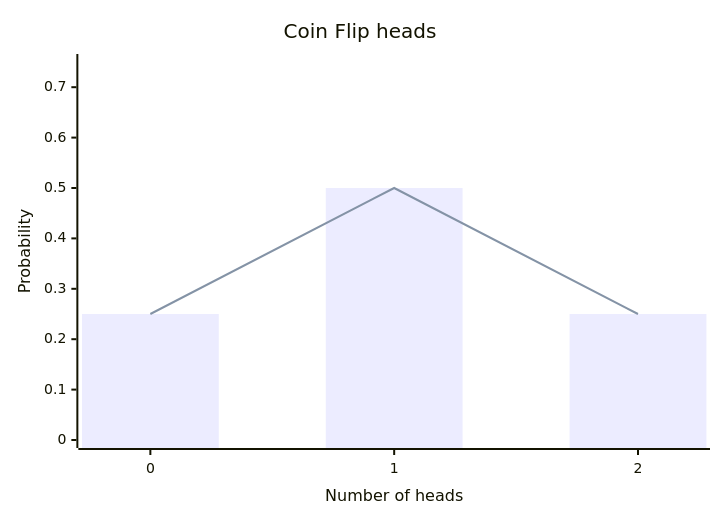
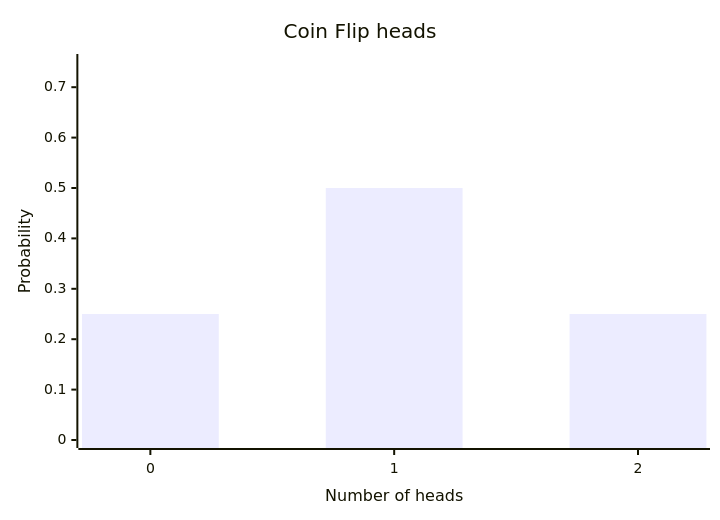
Before and after one commit to DefGh/aua_lections: the diagram in 320 - statistics/5.md, drawn with Mermaid.

Commit message:
small changes on chapter 320/5

````diff
--- a/320 - statistics/5.md
+++ b/320 - statistics/5.md
@@ -42,8 +42,7 @@
 ```mermaid
 xychart-beta
     title "Coin Flip heads"
     x-axis "Number of heads" [0 , 1, 2]
     y-axis "Probability" 0 --> 0.75
     bar [0.25, 0.5, 0.25]
-    line [0.25, 0.5, 0.25]
 ```
````
